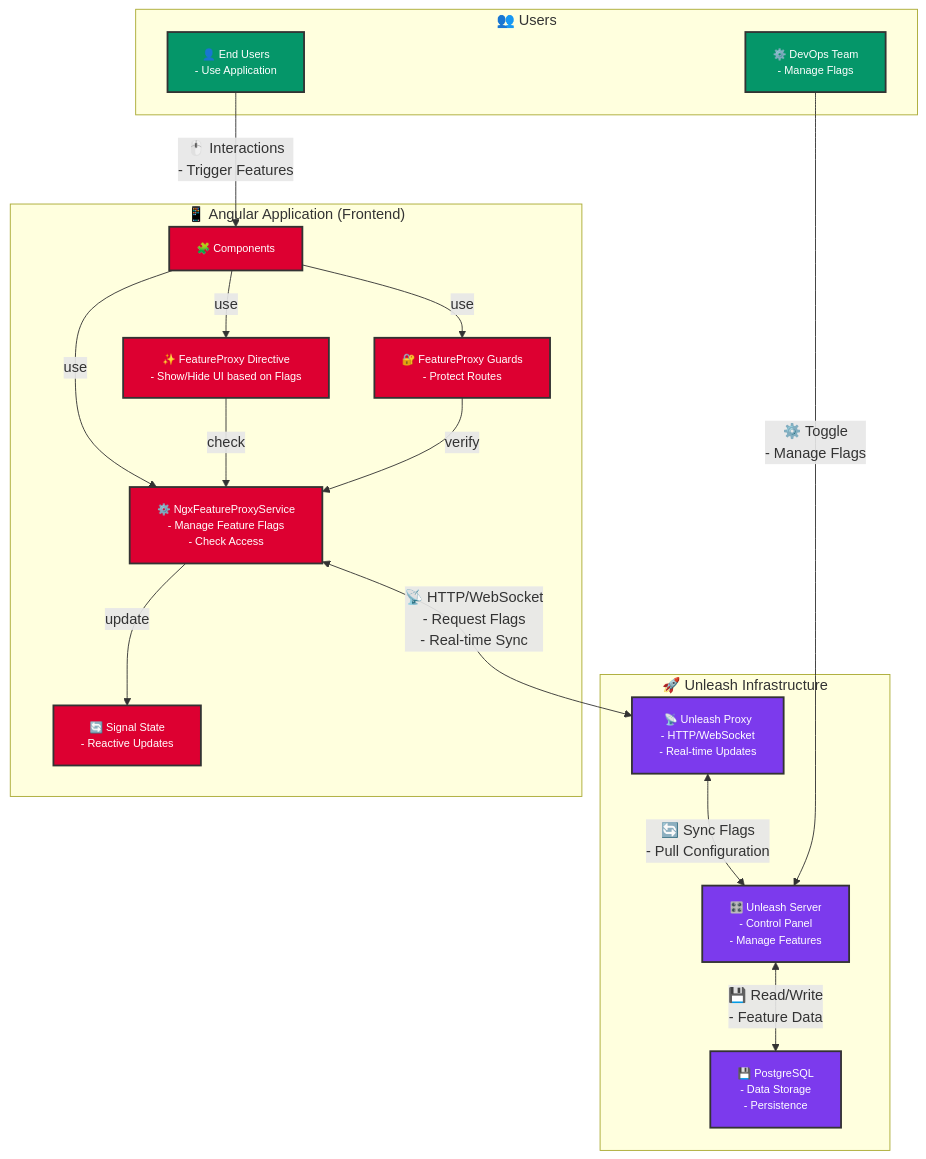
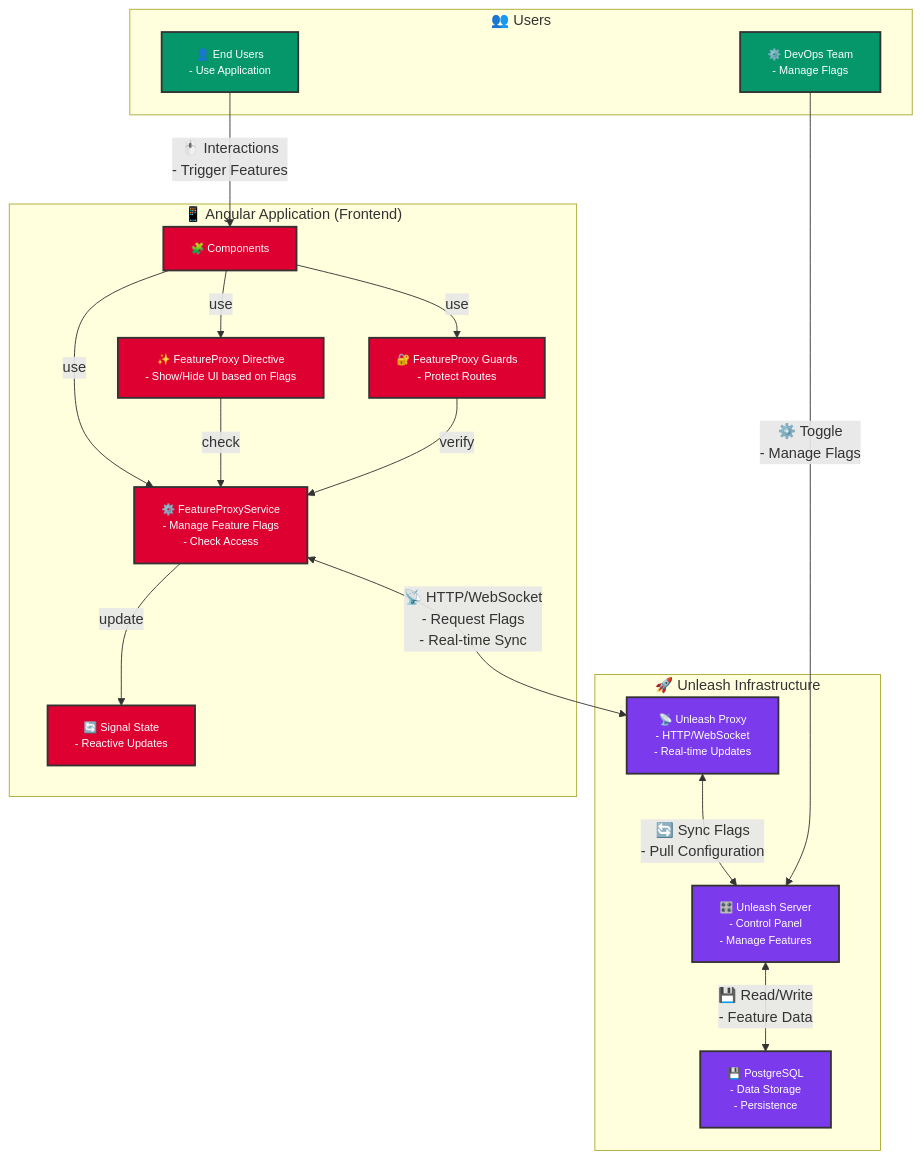
Before and after one commit to zenkiet/ngx-feature-proxy: the diagram in README.md, drawn with Mermaid. The commit also changed other lines of this file and 12 other files, not shown here.

Commit message:
chore: ♻️ rename NgxFeatureProxyService to FeatureProxyService

````diff
--- a/README.md
+++ b/README.md
@@ -88,47 +88,47 @@
 ```mermaid
 graph TB
     subgraph APP["📱 Angular Application (Frontend)"]
         COMP["🧩 Components"]
-        SERV["⚙️ NgxFeatureProxyService<br/>- Manage Feature Flags<br/>- Check Access"]
+        SERV["⚙️ FeatureProxyService<br/>- Manage Feature Flags<br/>- Check Access"]
         DIR["✨ FeatureProxy Directive<br/>- Show/Hide UI based on Flags"]
         GUARD["🔐 FeatureProxy Guards<br/>- Protect Routes"]
         SIGNAL["🔄 Signal State<br/>- Reactive Updates"]
     end
 
     subgraph UNLEASH["🚀 Unleash Infrastructure"]
         PROXY["📡 Unleash Proxy<br/>- HTTP/WebSocket<br/>- Real-time Updates"]
         SERVER["🎛️ Unleash Server<br/>- Control Panel<br/>- Manage Features"]
         DB["💾 PostgreSQL<br/>- Data Storage<br/>- Persistence"]
     end
 
     subgraph USERS["👥 Users"]
         ENDUSER["👤 End Users<br/>- Use Application"]
         DEVOPS["⚙️ DevOps Team<br/>- Manage Flags"]
     end
 
     %% Application Internal Flow
     COMP -->|"use"| SERV
     COMP -->|"use"| DIR
     COMP -->|"use"| GUARD
     SERV -->|"update"| SIGNAL
     DIR -->|"check"| SERV
     GUARD -->|"verify"| SERV
 
     %% Communication with Unleash
     SERV <-->|"📡 HTTP/WebSocket<br/>- Request Flags<br/>- Real-time Sync"| PROXY
     PROXY <-->|"🔄 Sync Flags<br/>- Pull Configuration"| SERVER
     SERVER <-->|"💾 Read/Write<br/>- Feature Data"| DB
 
     %% User Interactions
     ENDUSER -->|"🖱️ Interactions<br/>- Trigger Features"| COMP
     DEVOPS -->|"⚙️ Toggle<br/>- Manage Flags"| SERVER
 
     %% Styling
     classDef angular fill:#DD0031,stroke:#333,stroke-width:2px,color:#fff,font-size:12px
     classDef unleash fill:#7C3AED,stroke:#333,stroke-width:2px,color:#fff,font-size:12px
     classDef users fill:#059669,stroke:#333,stroke-width:2px,color:#fff,font-size:12px
 
     class COMP,SERV,DIR,GUARD,SIGNAL angular
     class PROXY,SERVER,DB unleash
     class ENDUSER,DEVOPS users
 ```
````
